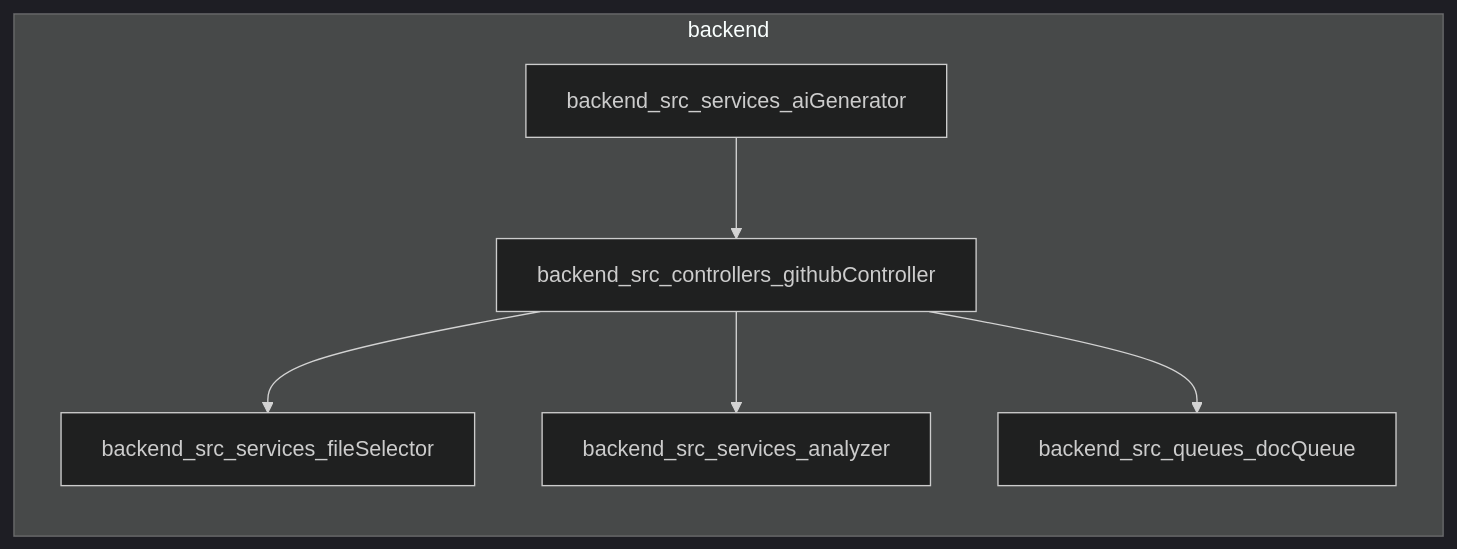
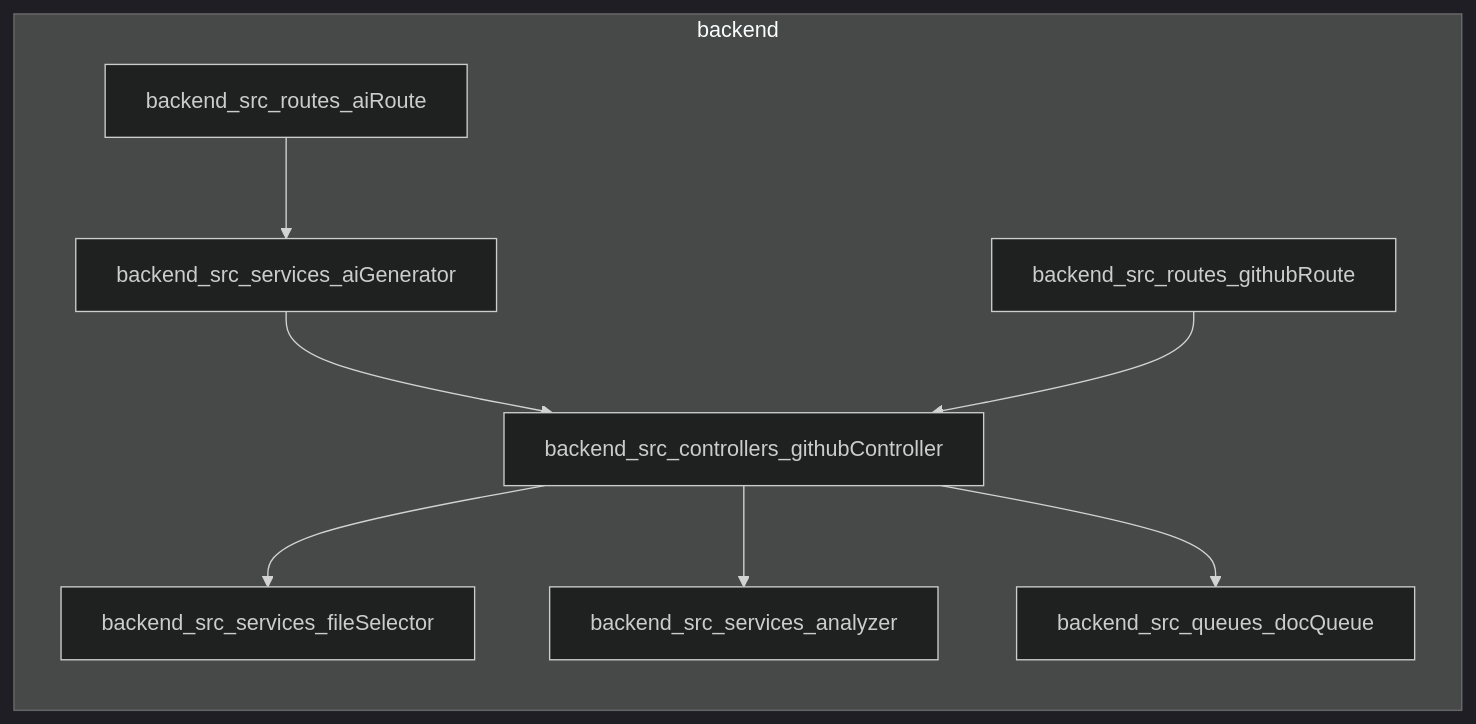
One commit to Devesh326/ai-document-generator changed the diagram in README.md. Above: the diagram before and after it, drawn with Mermaid (dark theme).

Commit message:
docs: add AI generated README v55

````diff
--- a/README.md
+++ b/README.md
@@ -24,9 +24,11 @@
 ```mermaid
 graph LR
   subgraph backend
     backend_src_controllers_githubController --> backend_src_services_fileSelector
     backend_src_controllers_githubController --> backend_src_services_analyzer
     backend_src_controllers_githubController --> backend_src_queues_docQueue
     backend_src_services_aiGenerator --> backend_src_controllers_githubController
+    backend_src_routes_aiRoute --> backend_src_services_aiGenerator
+    backend_src_routes_githubRoute --> backend_src_controllers_githubController
   end
 ```
````
